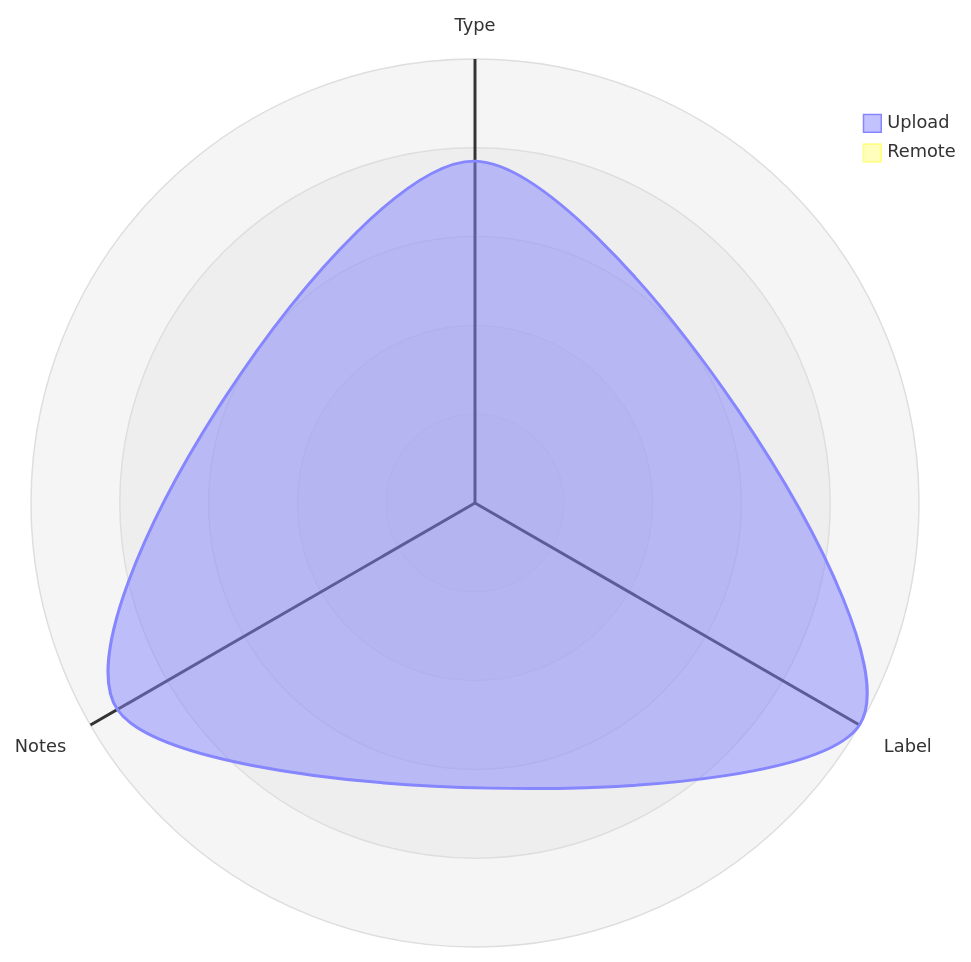
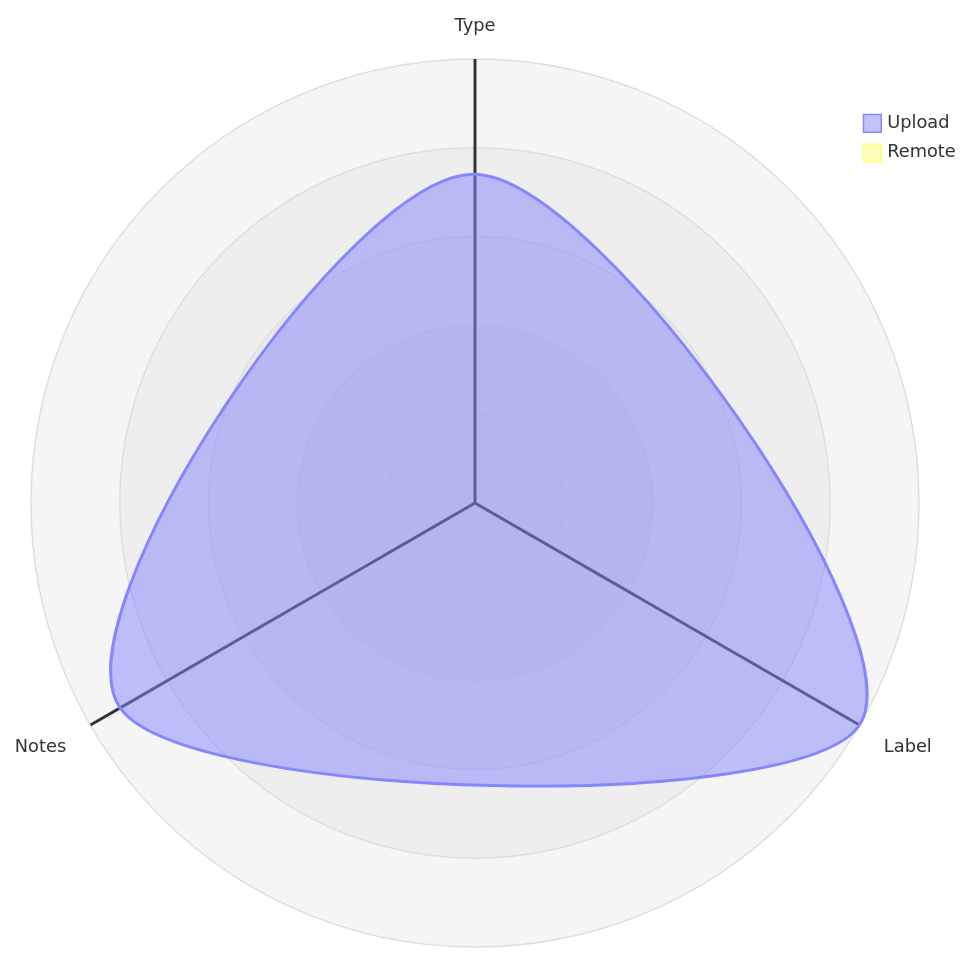
The third of 5 diagrams in datastore_tracker/README.md (open-data/analytics-corporate-reporting), drawn with Mermaid before and after one commit. The commit also changed 7 other files, not shown here.

````diff
--- a/datastore_tracker/README.md
+++ b/datastore_tracker/README.md
@@ -107,12 +107,12 @@
 ```mermaid
 radar-beta
   axis T["Type"], L["Label"], N["Notes"]
-  curve u["Upload"]{0.00077, 0.001, 0.00093}
+  curve u["Upload"]{0.00077, 0.00104, 0.00096}
   curve r["Remote"]{0, 0, 0}
 
   showLegend true
 
   min 0
   graticule circle
   ticks 5
 ```
````
